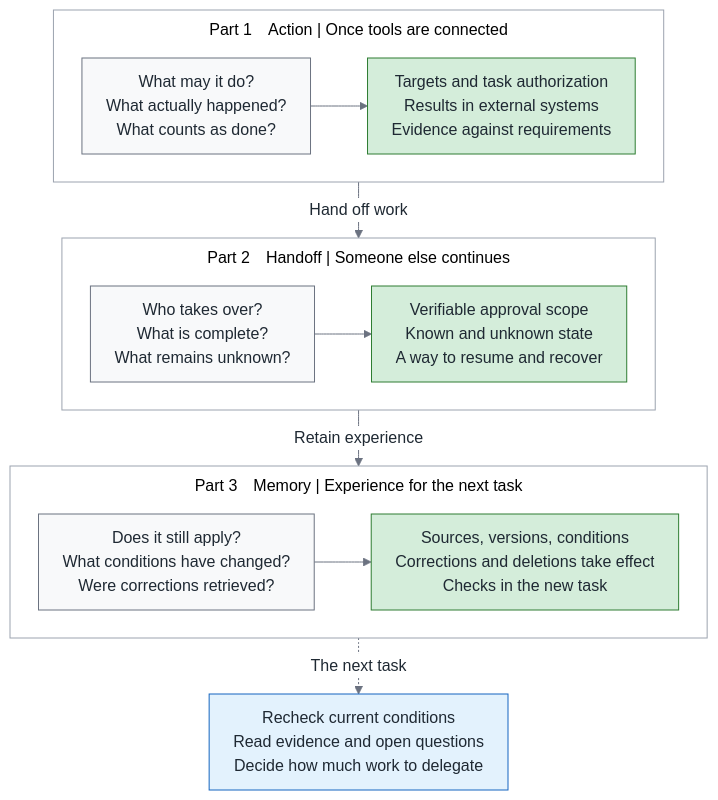
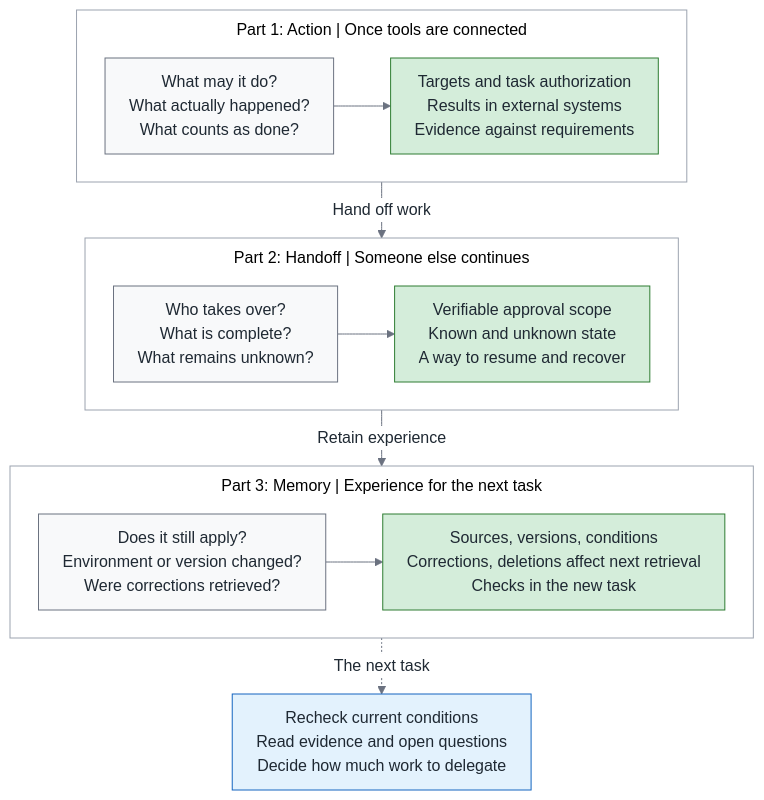
Before and after one commit to fantasybz/medium-articles: the diagram in 2026-11-aaif-after-tokyo/article.en.md, drawn with Mermaid. The commit also changed other lines of this file and 19 other files, not shown here.

````diff
--- a/2026-11-aaif-after-tokyo/article.en.md
+++ b/2026-11-aaif-after-tokyo/article.en.md
@@ -13,58 +13,58 @@
 ```mermaid
 ---
 config:
   theme: base
   themeVariables:
     fontSize: 16px
     primaryColor: "#f8f9fa"
     primaryTextColor: "#1f2933"
     primaryBorderColor: "#6b7280"
     lineColor: "#6b7280"
     secondaryColor: "#f8f9fa"
     tertiaryColor: "#ffffff"
     clusterBkg: "#ffffff"
     clusterBorder: "#9ca3af"
     edgeLabelBackground: "#ffffff"
   flowchart:
     nodeSpacing: 36
     rankSpacing: 32
     padding: 12
     wrappingWidth: 320
     htmlLabels: true
     subGraphTitleMargin:
       top: 8
       bottom: 12
     curve: basis
 ---
 flowchart TB
-    %% Layout: TB, 7 nodes; checked viewBox 741x796, height/width 1.07; font 16px.
+    %% Layout: TB, 7 nodes; checked viewBox 788x796, height/width 1.01; font 16px.
     classDef own fill:#d4edda,stroke:#2e7d32,color:#1f2933
     classDef human fill:#e3f2fd,stroke:#1565c0,color:#1f2933
 
-    subgraph action["Part 1　Action | Once tools are connected"]
+    subgraph action["Part 1: Action | Once tools are connected"]
         direction LR
         A["What may it do?<br/>What actually happened?<br/>What counts as done?"]
         B["Targets and task authorization<br/>Results in external systems<br/>Evidence against requirements"]
         A --> B
     end
 
-    subgraph handoff["Part 2　Handoff | Someone else continues"]
+    subgraph handoff["Part 2: Handoff | Someone else continues"]
         direction LR
         C["Who takes over?<br/>What is complete?<br/>What remains unknown?"]
         D["Verifiable approval scope<br/>Known and unknown state<br/>A way to resume and recover"]
         C --> D
     end
 
-    subgraph memory["Part 3　Memory | Experience for the next task"]
+    subgraph memory["Part 3: Memory | Experience for the next task"]
         direction LR
-        E["Does it still apply?<br/>What conditions have changed?<br/>Were corrections retrieved?"]
-        F["Sources, versions, conditions<br/>Corrections and deletions take effect<br/>Checks in the new task"]
+        E["Does it still apply?<br/>Environment or version changed?<br/>Were corrections retrieved?"]
+        F["Sources, versions, conditions<br/>Corrections, deletions affect next retrieval<br/>Checks in the new task"]
         E --> F
     end
 
     action -->|Hand off work| handoff
     handoff -->|Retain experience| memory
     memory -.->|The next task| G["Recheck current conditions<br/>Read evidence and open questions<br/>Decide how much work to delegate"]
     class B,D,F own
     class G human
 ```
````
